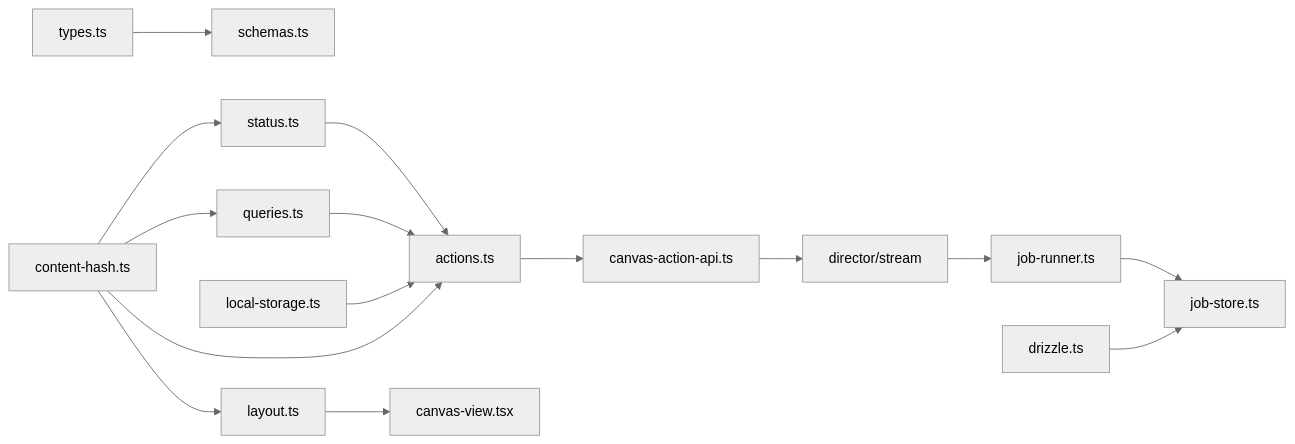
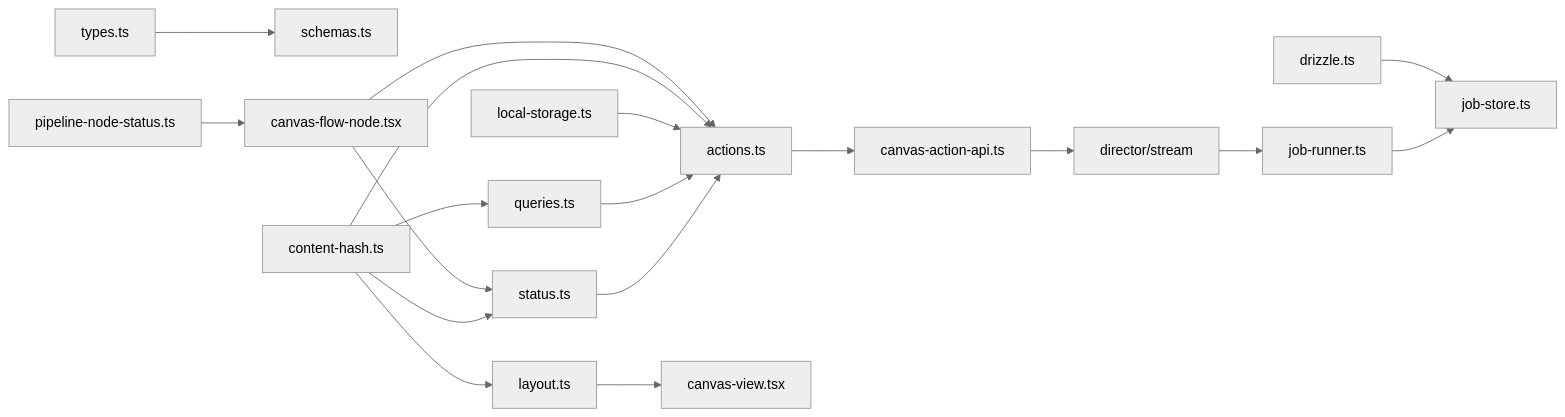
Before and after one commit to scottcwy/PurpleInk: the fifth of 5 diagrams in .qoder/repowiki/zh/content/画布编辑器/画布状态管理.md, drawn with Mermaid (neutral theme). The commit also changed other lines of this file and 23 other files, not shown here.

````diff
--- a/.qoder/repowiki/zh/content/画布编辑器/画布状态管理.md
+++ b/.qoder/repowiki/zh/content/画布编辑器/画布状态管理.md
@@ -301,17 +367,20 @@
 ```mermaid
 graph LR
 Types["types.ts"] --> Schemas["schemas.ts"]
 Status["status.ts"] --> Actions["actions.ts"]
 Layout["layout.ts"] --> Views["canvas-view.tsx"]
 Queries["queries.ts"] --> Actions
 Actions --> API["canvas-action-api.ts"]
 API --> Stream["director/stream"]
 Stream --> Runner["job-runner.ts"]
 Runner --> Store["job-store.ts"]
 Local["local-storage.ts"] --> Actions
 DB["drizzle.ts"] --> Store
 ContentHash["content-hash.ts"] --> Actions
 ContentHash --> Queries
 ContentHash --> Layout
 ContentHash --> Status
+PipelineNode["pipeline-node-status.ts"] --> CanvasFlowNode["canvas-flow-node.tsx"]
+CanvasFlowNode --> Actions
+CanvasFlowNode --> Status
 ```
````
